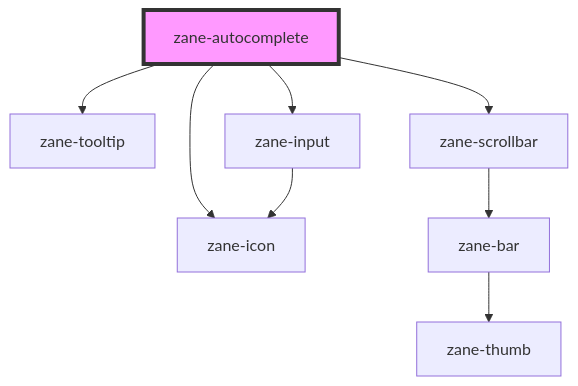
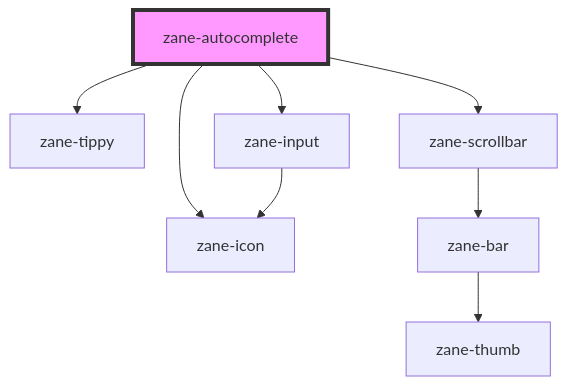
Before and after one commit to AmilyCi/zane-ui: the diagram in src/components/autocomplete/readme.md, drawn with Mermaid. The commit also changed other lines of this file and 46 other files, not shown here.

````diff
--- a/src/components/autocomplete/readme.md
+++ b/src/components/autocomplete/readme.md
@@ -170,11 +170,11 @@
 ```mermaid
 graph TD;
-  zane-autocomplete --> zane-tooltip
+  zane-autocomplete --> zane-tippy
   zane-autocomplete --> zane-input
   zane-autocomplete --> zane-scrollbar
   zane-autocomplete --> zane-icon
   zane-input --> zane-icon
   zane-scrollbar --> zane-bar
   zane-bar --> zane-thumb
   style zane-autocomplete fill:#f9f,stroke:#333,stroke-width:4px
 ```
````
